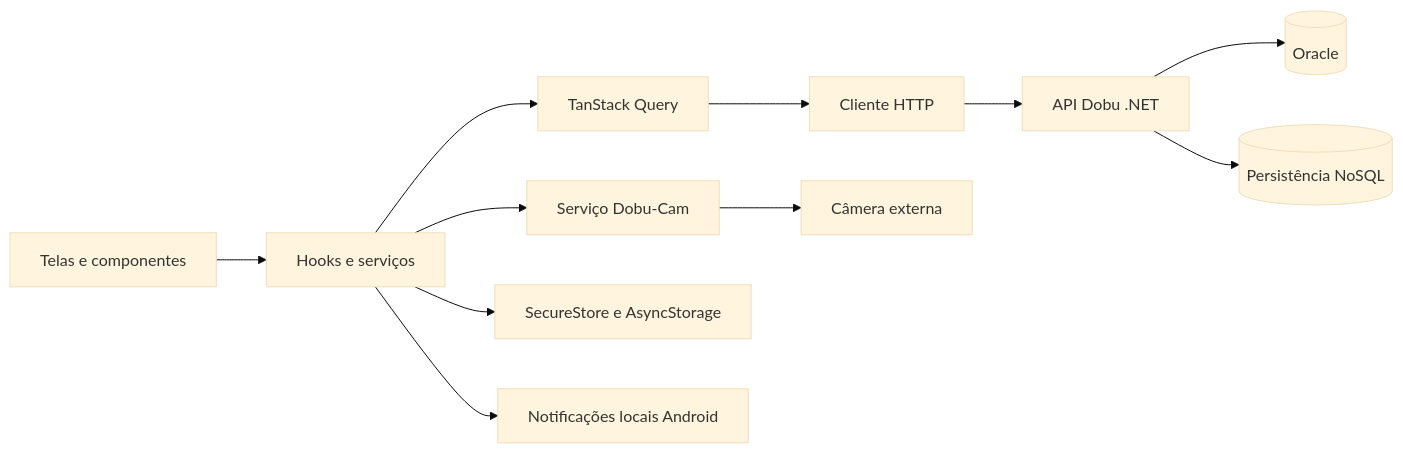
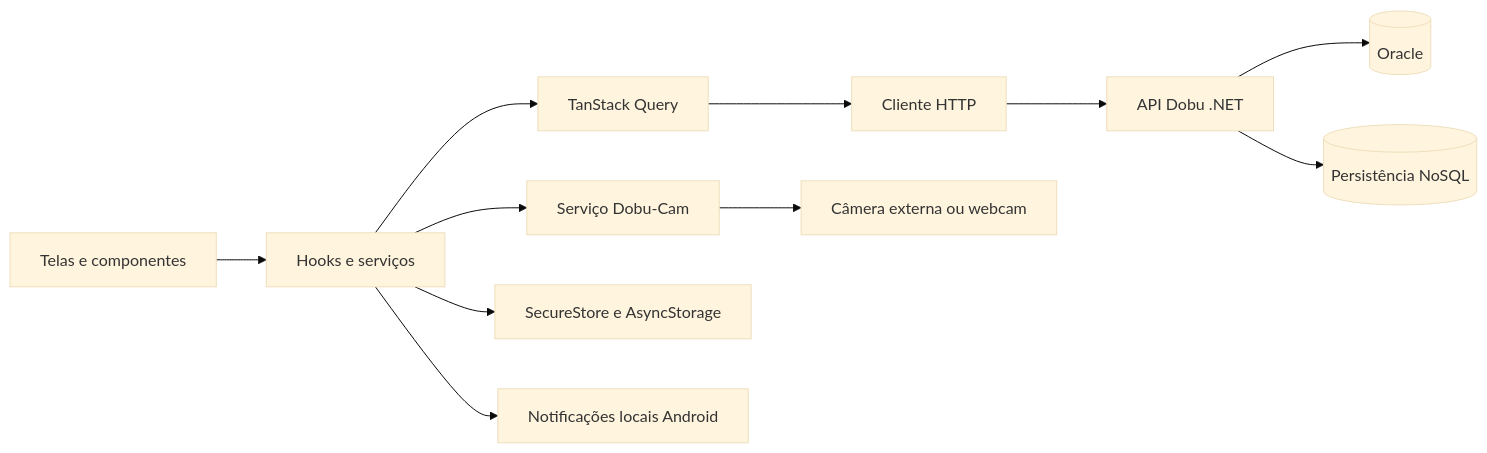
The diagram in README.md (DobuChallenge/Dobu-FinalSprint4), drawn with Mermaid (base theme) before and after one commit. The commit also changed other lines of this file and 3 other files, not shown here.

Commit message:
fix: preservar camera externa e adicionar webcam

````diff
--- a/README.md
+++ b/README.md
@@ -76,13 +81,13 @@
 ```mermaid
 flowchart LR
     Telas[Telas e componentes] --> Hooks[Hooks e serviços]
     Hooks --> Query[TanStack Query]
     Query --> HTTP[Cliente HTTP]
     HTTP --> API[API Dobu .NET]
     API --> Oracle[(Oracle)]
     API --> Mongo[(Persistência NoSQL)]
     Hooks --> Camera[Serviço Dobu-Cam]
-    Camera --> Externa[Câmera externa]
+    Camera --> Externa[Câmera externa ou webcam]
     Hooks --> Local[SecureStore e AsyncStorage]
     Hooks --> Avisos[Notificações locais Android]
 ```
````
